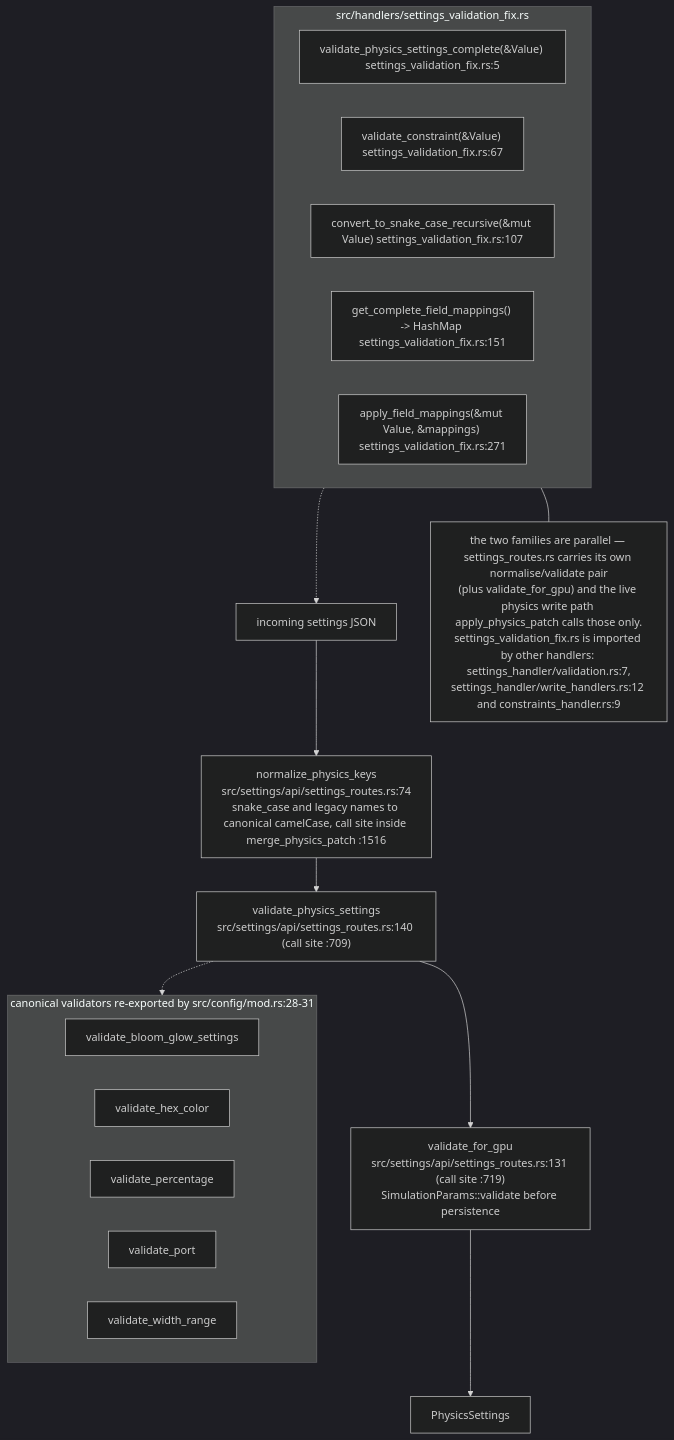
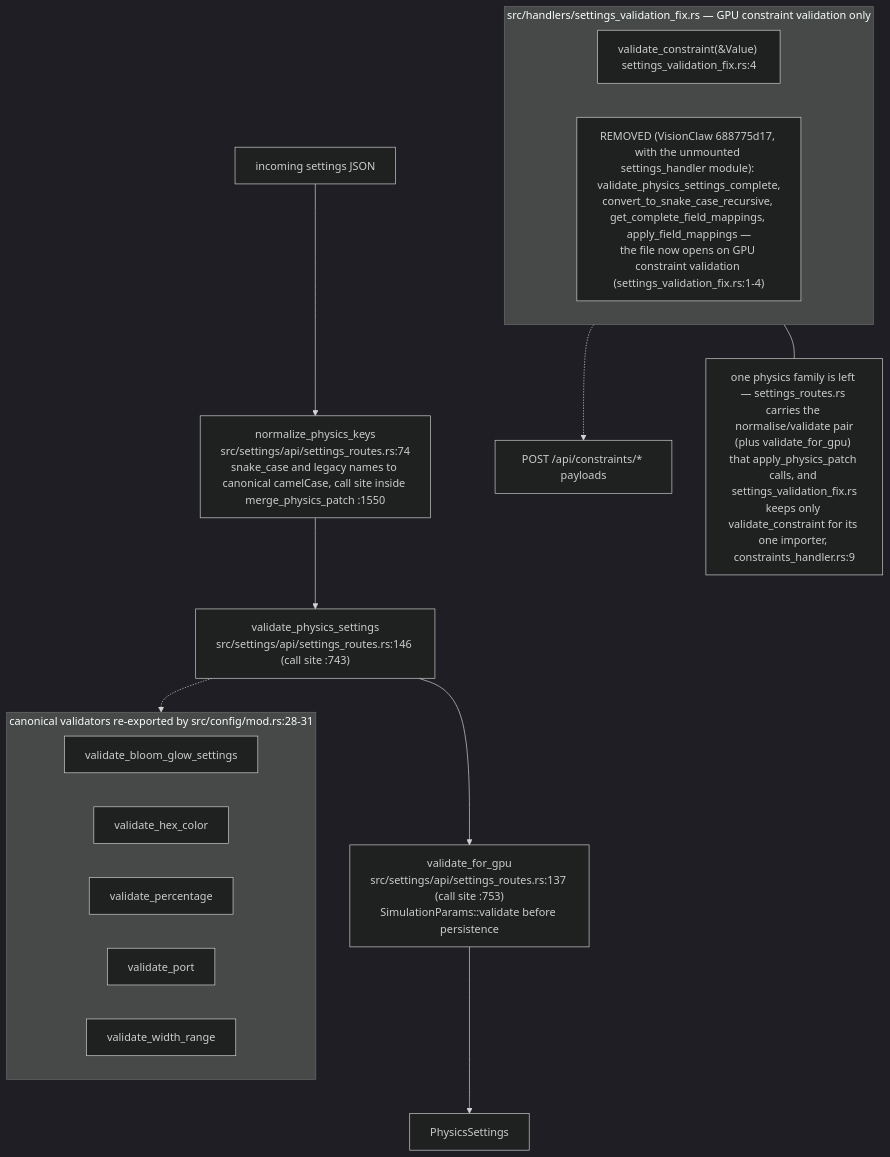
Before and after one commit to DreamLab-AI/VisionFlow: the seventh of 9 diagrams in docs/diagrams/visionclaw/06-settings-round-trip.md, drawn with Mermaid (dark theme). The commit also changed other lines of this file and 7 other files, not shown here.

````diff
--- a/docs/diagrams/visionclaw/06-settings-round-trip.md
+++ b/docs/diagrams/visionclaw/06-settings-round-trip.md
@@ -287,26 +283,23 @@
 ```mermaid
 flowchart TB
     IN["incoming settings JSON"]
-    IN --> N1["normalize_physics_keys<br/>src/settings/api/settings_routes.rs:74<br/>snake_case and legacy names to canonical camelCase, call site inside merge_physics_patch :1516"]
-    N1 --> V1["validate_physics_settings<br/>src/settings/api/settings_routes.rs:140 (call site :709)"]
-    V1 --> G1["validate_for_gpu<br/>src/settings/api/settings_routes.rs:131 (call site :719)<br/>SimulationParams::validate before persistence"]
+    IN --> N1["normalize_physics_keys<br/>src/settings/api/settings_routes.rs:74<br/>snake_case and legacy names to canonical camelCase, call site inside merge_physics_patch :1550"]
+    N1 --> V1["validate_physics_settings<br/>src/settings/api/settings_routes.rs:146 (call site :743)"]
+    V1 --> G1["validate_for_gpu<br/>src/settings/api/settings_routes.rs:137 (call site :753)<br/>SimulationParams::validate before persistence"]
     G1 --> OUT["PhysicsSettings"]
-    subgraph FIX["src/handlers/settings_validation_fix.rs"]
-        F1["validate_physics_settings_complete(&Value) settings_validation_fix.rs:5"]
-        F2["validate_constraint(&Value) settings_validation_fix.rs:67"]
-        F3["convert_to_snake_case_recursive(&mut Value) settings_validation_fix.rs:107"]
-        F4["get_complete_field_mappings() -> HashMap settings_validation_fix.rs:151"]
-        F5["apply_field_mappings(&mut Value, &mappings) settings_validation_fix.rs:271"]
+    subgraph FIX["src/handlers/settings_validation_fix.rs — GPU constraint validation only"]
+        F2["validate_constraint(&Value) settings_validation_fix.rs:4"]
+        FX["REMOVED (VisionClaw 688775d17, with the unmounted settings_handler module): validate_physics_settings_complete,<br/>convert_to_snake_case_recursive, get_complete_field_mappings, apply_field_mappings —<br/>the file now opens on GPU constraint validation (settings_validation_fix.rs:1-4)"]
     end
     subgraph DOM["canonical validators re-exported by src/config/mod.rs:28-31"]
         D1["validate_bloom_glow_settings"]
         D2["validate_hex_color"]
         D3["validate_percentage"]
         D4["validate_port"]
         D5["validate_width_range"]
     end
     V1 -.-> DOM
-    FIX -.-> IN
-    NOTE["the two families are parallel — settings_routes.rs carries its own normalise/validate pair<br/>(plus validate_for_gpu) and the live physics write path apply_physics_patch calls those only.<br/>settings_validation_fix.rs is imported by other handlers: settings_handler/validation.rs:7,<br/>settings_handler/write_handlers.rs:12 and constraints_handler.rs:9"]
+    FIX -.-> CO["POST /api/constraints/* payloads"]
+    NOTE["one physics family is left — settings_routes.rs carries the normalise/validate pair<br/>(plus validate_for_gpu) that apply_physics_patch calls, and settings_validation_fix.rs<br/>keeps only validate_constraint for its one importer, constraints_handler.rs:9"]
     FIX --- NOTE
 ```
````
